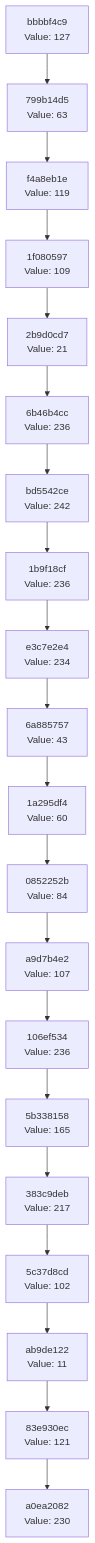
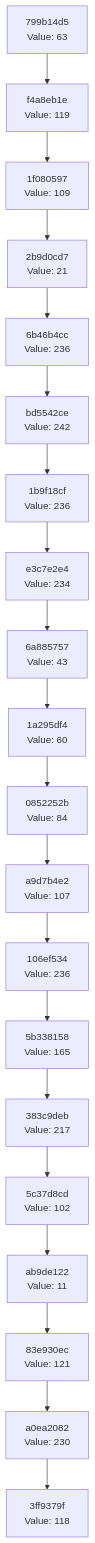
Before and after one commit to Abhisheksinha1506/hash-chain-evolver: the diagram in docs/CHAIN_VISUALIZATION.md, drawn with Mermaid. The commit also changed 3 other files, not shown here.

````diff
--- a/docs/CHAIN_VISUALIZATION.md
+++ b/docs/CHAIN_VISUALIZATION.md
@@ -3,42 +3,42 @@
 ```mermaid
 graph TD
-    C0["a0ea2082<br/>Value: 230"]
-    C1["83e930ec<br/>Value: 121"]
+    C0["3ff9379f<br/>Value: 118"]
+    C1["a0ea2082<br/>Value: 230"]
     C1 --> C0
-    C2["ab9de122<br/>Value: 11"]
+    C2["83e930ec<br/>Value: 121"]
     C2 --> C1
-    C3["5c37d8cd<br/>Value: 102"]
+    C3["ab9de122<br/>Value: 11"]
     C3 --> C2
-    C4["383c9deb<br/>Value: 217"]
+    C4["5c37d8cd<br/>Value: 102"]
     C4 --> C3
-    C5["5b338158<br/>Value: 165"]
+    C5["383c9deb<br/>Value: 217"]
     C5 --> C4
-    C6["106ef534<br/>Value: 236"]
+    C6["5b338158<br/>Value: 165"]
     C6 --> C5
-    C7["a9d7b4e2<br/>Value: 107"]
+    C7["106ef534<br/>Value: 236"]
     C7 --> C6
-    C8["0852252b<br/>Value: 84"]
+    C8["a9d7b4e2<br/>Value: 107"]
     C8 --> C7
-    C9["1a295df4<br/>Value: 60"]
+    C9["0852252b<br/>Value: 84"]
     C9 --> C8
-    C10["6a885757<br/>Value: 43"]
+    C10["1a295df4<br/>Value: 60"]
     C10 --> C9
-    C11["e3c7e2e4<br/>Value: 234"]
+    C11["6a885757<br/>Value: 43"]
     C11 --> C10
-    C12["1b9f18cf<br/>Value: 236"]
+    C12["e3c7e2e4<br/>Value: 234"]
     C12 --> C11
-    C13["bd5542ce<br/>Value: 242"]
+    C13["1b9f18cf<br/>Value: 236"]
     C13 --> C12
-    C14["6b46b4cc<br/>Value: 236"]
+    C14["bd5542ce<br/>Value: 242"]
     C14 --> C13
-    C15["2b9d0cd7<br/>Value: 21"]
+    C15["6b46b4cc<br/>Value: 236"]
     C15 --> C14
-    C16["1f080597<br/>Value: 109"]
+    C16["2b9d0cd7<br/>Value: 21"]
     C16 --> C15
-    C17["f4a8eb1e<br/>Value: 119"]
+    C17["1f080597<br/>Value: 109"]
     C17 --> C16
-    C18["799b14d5<br/>Value: 63"]
+    C18["f4a8eb1e<br/>Value: 119"]
     C18 --> C17
-    C19["bbbbf4c9<br/>Value: 127"]
+    C19["799b14d5<br/>Value: 63"]
     C19 --> C18
 ```
````
